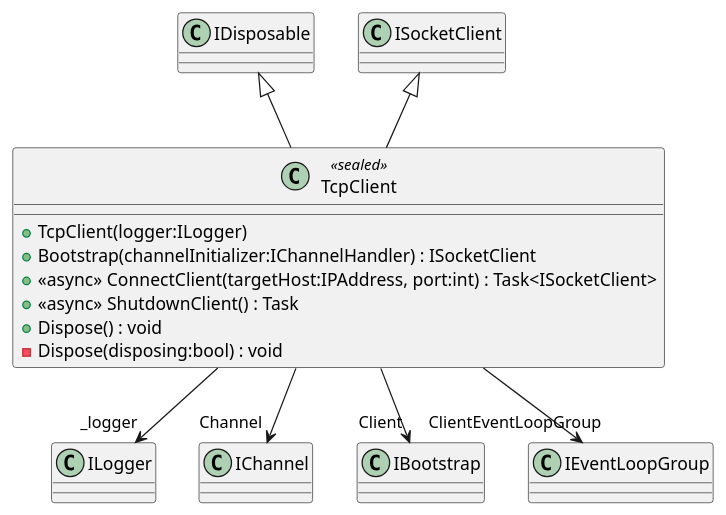
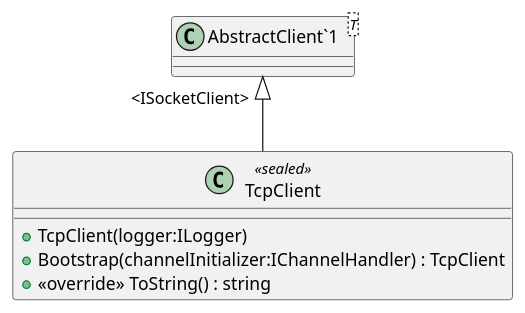
The diagram in Documentation/UML/Catalyst.Node.Common/Helpers/IO/Outbound/TcpClient.puml (catalyst-network/Catalyst), drawn with PlantUML before and after one commit. The commit also changed 25 other files, not shown here.

```diff
--- a/Documentation/UML/Catalyst.Node.Common/Helpers/IO/Outbound/TcpClient.puml
+++ b/Documentation/UML/Catalyst.Node.Common/Helpers/IO/Outbound/TcpClient.puml
@@ -1,16 +1,10 @@
 @startuml
 class TcpClient <<sealed>> {
     + TcpClient(logger:ILogger)
-    + Bootstrap(channelInitializer:IChannelHandler) : ISocketClient
-    + <<async>> ConnectClient(targetHost:IPAddress, port:int) : Task<ISocketClient>
-    + <<async>> ShutdownClient() : Task
-    + Dispose() : void
-    - Dispose(disposing:bool) : void
+    + Bootstrap(channelInitializer:IChannelHandler) : TcpClient
+    + <<override>> ToString() : string
 }
-IDisposable <|-- TcpClient
-ISocketClient <|-- TcpClient
-TcpClient --> "_logger" ILogger
-TcpClient --> "Channel" IChannel
-TcpClient --> "Client" IBootstrap
-TcpClient --> "ClientEventLoopGroup" IEventLoopGroup
+class "AbstractClient`1"<T> {
+}
+"AbstractClient`1" "<ISocketClient>" <|-- TcpClient
 @enduml
```
